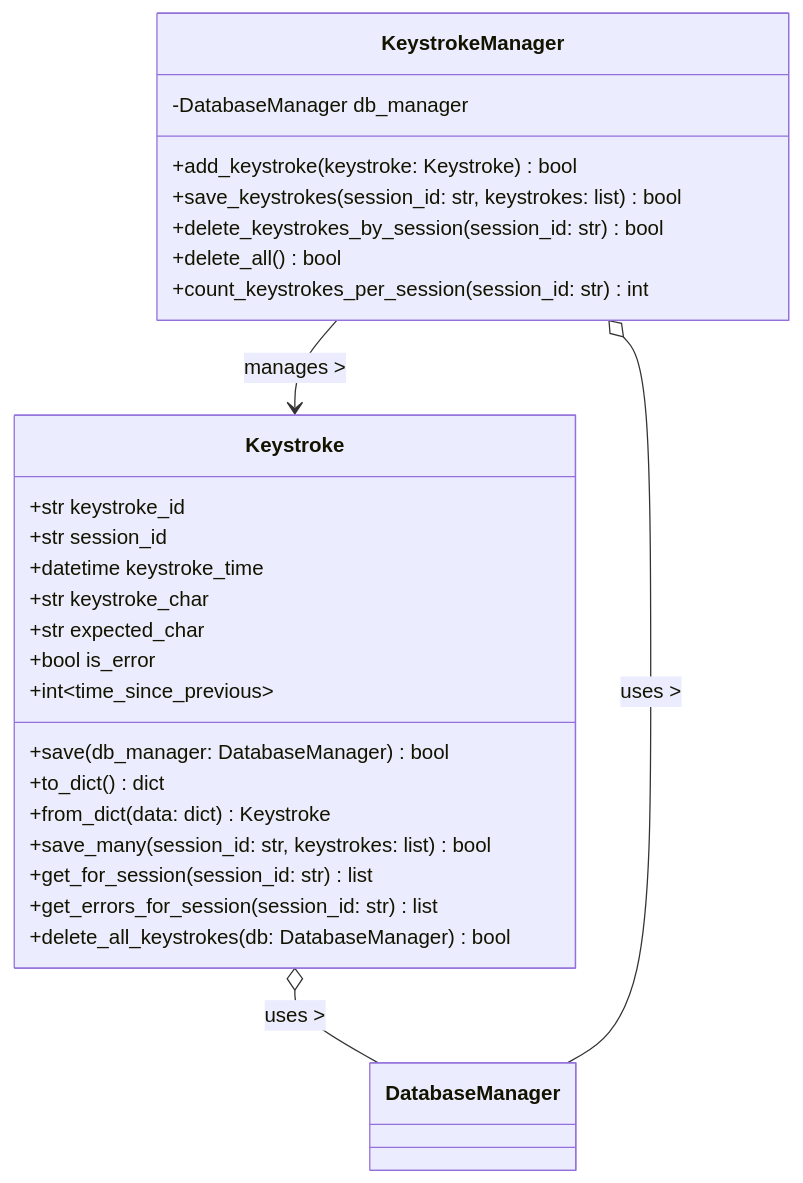
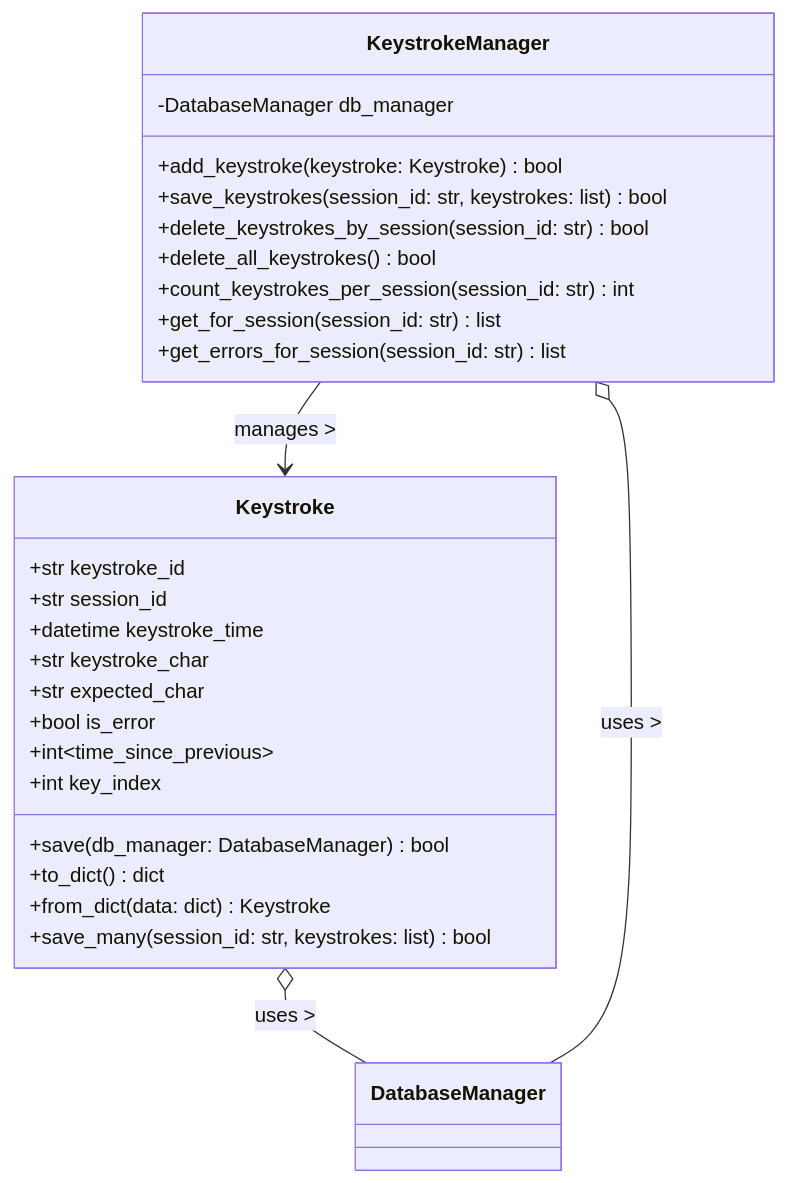
Before and after one commit to SeanAdams10/AITypingTrainer: the diagram in Requirements/Keystroke.md, drawn with Mermaid. The commit also changed other lines of this file and 9 other files, not shown here.

````diff
--- a/Requirements/Keystroke.md
+++ b/Requirements/Keystroke.md
@@ -63,32 +111,32 @@
 ```mermaid
 classDiagram
     class Keystroke {
         +str keystroke_id
         +str session_id
         +datetime keystroke_time
         +str keystroke_char
         +str expected_char
         +bool is_error
         +int~time_since_previous~
+        +int key_index
         +save(db_manager: DatabaseManager) bool
         +to_dict() dict
         +from_dict(data: dict) Keystroke
         +save_many(session_id: str, keystrokes: list) bool
-        +get_for_session(session_id: str) list
-        +get_errors_for_session(session_id: str) list
-        +delete_all_keystrokes(db: DatabaseManager) bool
     }
 
     class KeystrokeManager {
         -DatabaseManager db_manager
         +add_keystroke(keystroke: Keystroke) bool
         +save_keystrokes(session_id: str, keystrokes: list) bool
         +delete_keystrokes_by_session(session_id: str) bool
-        +delete_all() bool
+        +delete_all_keystrokes() bool
         +count_keystrokes_per_session(session_id: str) int
+        +get_for_session(session_id: str) list
+        +get_errors_for_session(session_id: str) list
     }
 
     KeystrokeManager --> Keystroke : manages >
     Keystroke o-- DatabaseManager : uses >
     KeystrokeManager o-- DatabaseManager : uses >
 ```
````
